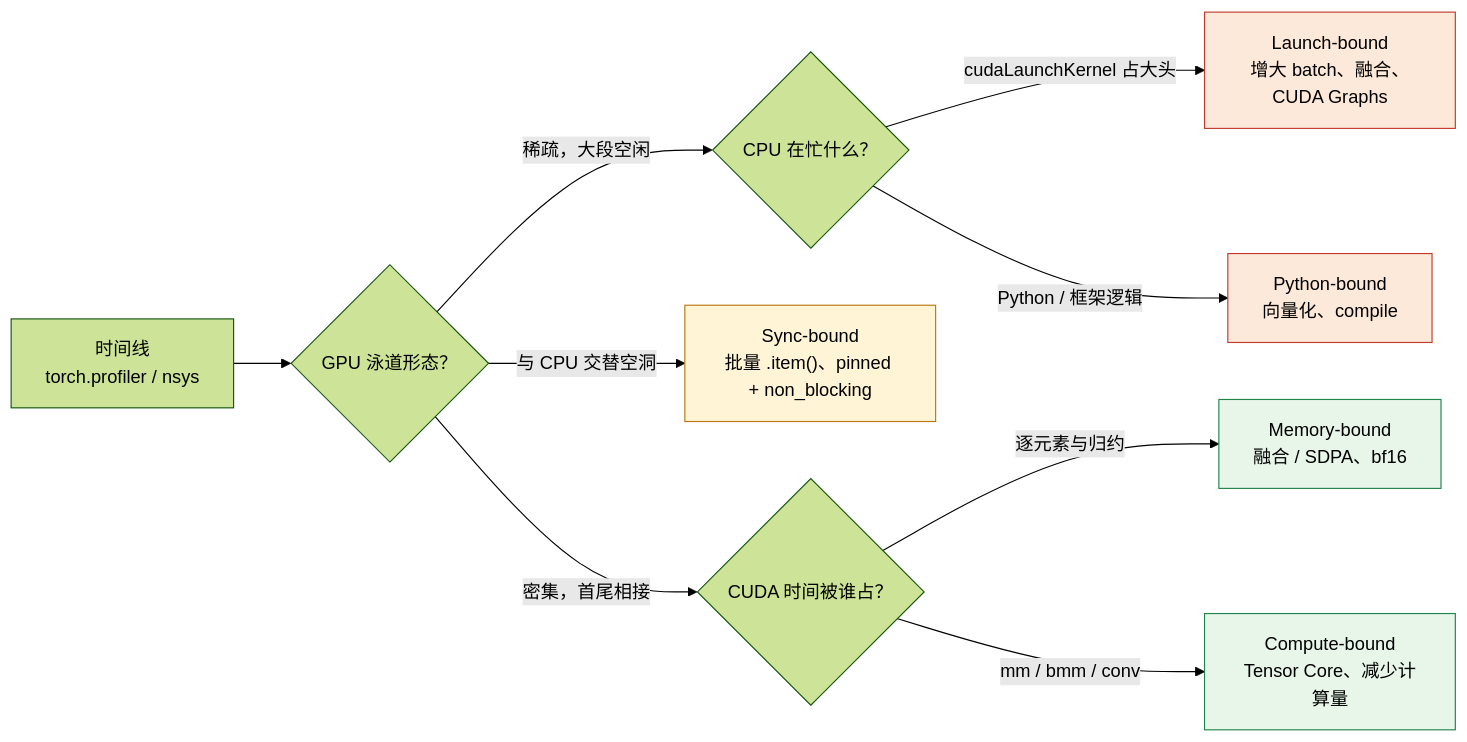
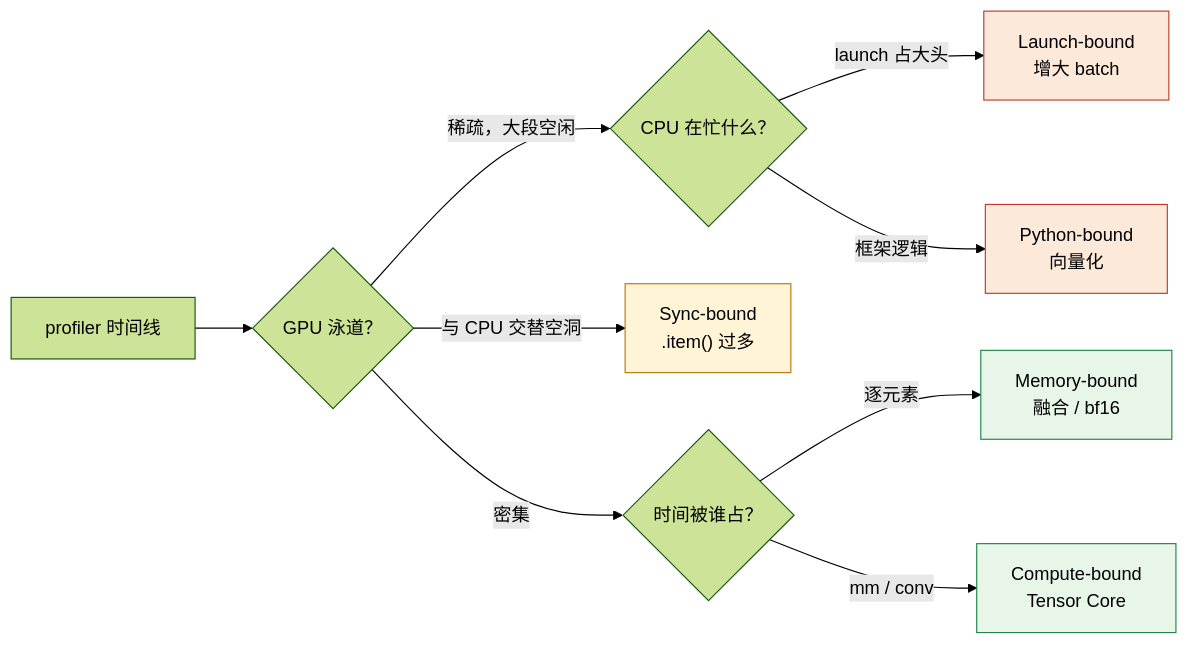
One commit to arganzheng/arganzheng.github.com changed the seventh of 7 diagrams in slides/2026-02-26-deep-dive-into-pytorch.md. Above: the diagram before and after it, drawn with Mermaid (forest theme). The commit also changed other lines of this file, not shown here.

Commit message:
slides/deep-dive-into-pytorch: cut/shorten mermaid diagrams below 14px rendered text (check-render smalltext/overlap)

````diff
--- a/slides/2026-02-26-deep-dive-into-pytorch.md
+++ b/slides/2026-02-26-deep-dive-into-pytorch.md
@@ -281,18 +272,18 @@
 ```mermaid
 %%{init: {"flowchart": {"wrappingWidth": 160}}}%%
 flowchart LR
-    tl["时间线<br/>torch.profiler / nsys"] --> q1{"GPU 泳道形态？"}
+    tl["profiler 时间线"] --> q1{"GPU 泳道？"}
     q1 -->|"稀疏，大段空闲"| q2{"CPU 在忙什么？"}
-    q1 -->|"与 CPU 交替空洞"| sync["Sync-bound<br/>批量 .item()、pinned + non_blocking"]
-    q1 -->|"密集，首尾相接"| q3{"CUDA 时间被谁占？"}
-    q2 -->|"cudaLaunchKernel 占大头"| launch["Launch-bound<br/>增大 batch、融合、CUDA Graphs"]
-    q2 -->|"Python / 框架逻辑"| py["Python-bound<br/>向量化、compile"]
-    q3 -->|"逐元素与归约"| mem["Memory-bound<br/>融合 / SDPA、bf16"]
-    q3 -->|"mm / bmm / conv"| comp["Compute-bound<br/>Tensor Core、减少计算量"]
+    q1 -->|"与 CPU 交替空洞"| sync["Sync-bound<br/>.item() 过多"]
+    q1 -->|"密集"| q3{"时间被谁占？"}
+    q2 -->|"launch 占大头"| launch["Launch-bound<br/>增大 batch"]
+    q2 -->|"框架逻辑"| py["Python-bound<br/>向量化"]
+    q3 -->|"逐元素"| mem["Memory-bound<br/>融合 / bf16"]
+    q3 -->|"mm / conv"| comp["Compute-bound<br/>Tensor Core"]
     classDef cpu fill:#fde9d9,stroke:#c0392b
     classDef gpu fill:#e8f5e9,stroke:#1e8449
     classDef mid fill:#fff4d6,stroke:#b9770e
     class launch,py cpu
     class mem,comp gpu
     class sync mid
 ```
````
